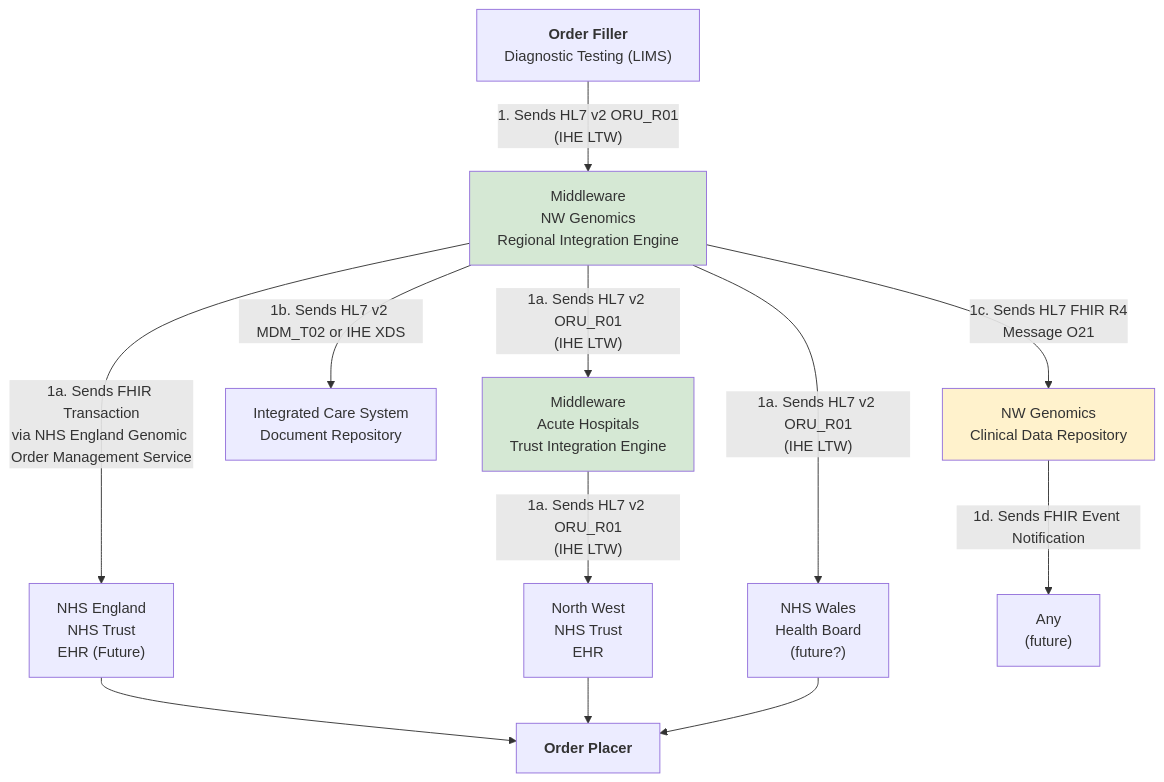
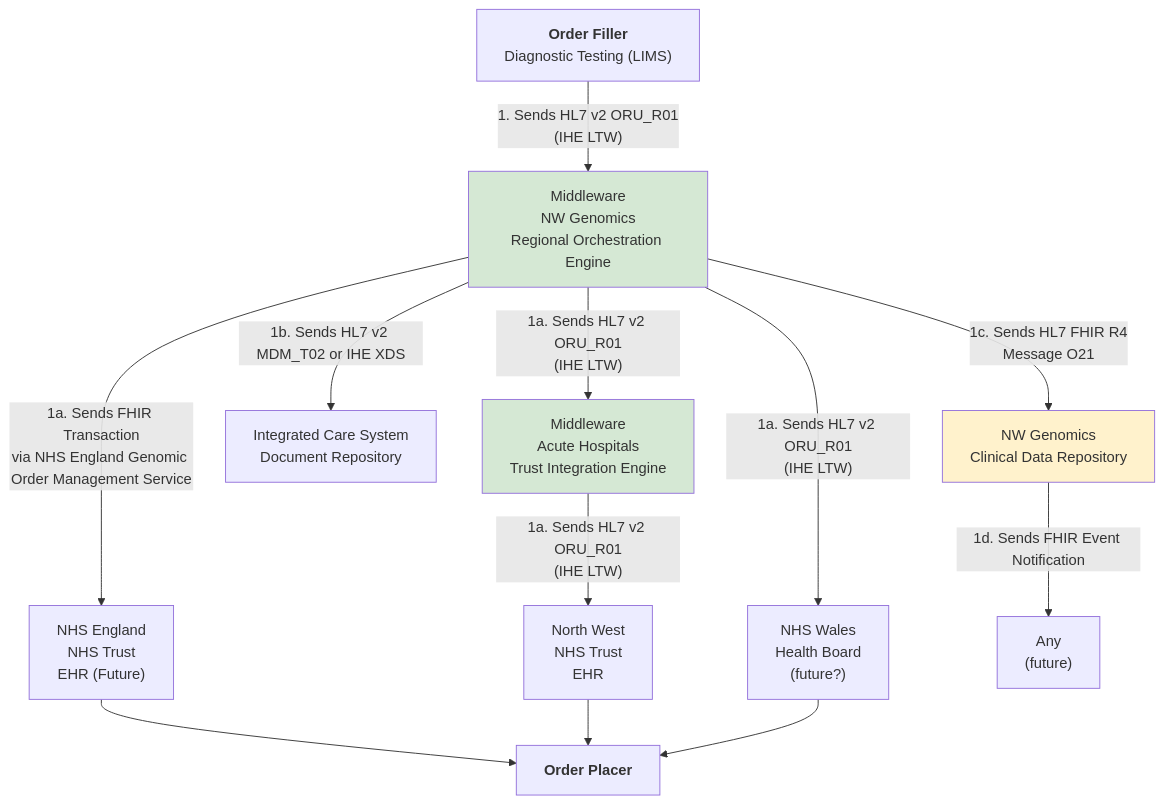
Before and after one commit to uk-gov-mirror/nw-gmsa.nw-gmsa.github.com: the second of 3 diagrams in input/pagecontent/LTW.md, drawn with Mermaid. The commit also changed other lines of this file and 55 other files, not shown here.

````diff
--- a/input/pagecontent/LTW.md
+++ b/input/pagecontent/LTW.md
@@ -200,20 +200,20 @@
 ```mermaid
 graph TD;
-    OrderFiller["<b>Order Filler</b><br/>Diagnostic Testing (LIMS)"] --> |"1. Sends HL7 v2 ORU_R01<br/>(IHE LTW)"| RIE[Middleware<br/>NW Genomics<br/>Regional Integration Engine] 
+    OrderFiller["<b>Order Filler</b><br/>Diagnostic Testing (LIMS)"] --> |"1. Sends HL7 v2 ORU_R01<br/>(IHE LTW)"| RIE[Middleware<br/>NW Genomics<br/>Regional Orchestration Engine] 
     RIE --> |"1a. Sends HL7 v2 ORU_R01<br/>(IHE LTW)"| TIE[Middleware<br/>Acute Hospitals<br/>Trust Integration Engine] 
     TIE--> |"1a. Sends HL7 v2 ORU_R01<br/>(IHE LTW)"| EHRTIE[North West<br/>NHS Trust<br/>EHR] 
     RIE--> |"1a. Sends HL7 v2 ORU_R01<br/>(IHE LTW)"| BOARD["NHS Wales<br/>Health Board<br/> (future?)"]
     RIE --> |"1a. Sends FHIR Transaction<br/>via NHS England Genomic Order Management Service"| GOMS["NHS England<br/>NHS Trust<br/>EHR (Future)"] 
     RIE --> |1b. Sends HL7 v2 MDM_T02 or IHE XDS| ICSTIE[Integrated Care System <br/> Document Repository]
     RIE --> |1c. Sends HL7 FHIR R4<br/>Message O21| CDR[NW Genomics<br/>Clinical Data Repository]
     CDR --> |1d. Sends FHIR Event Notification| Any["Any <br/>(future)"]
     GOMS --> OrderPlacer[<b>Order Placer</b>]
     EHRTIE --> OrderPlacer
     BOARD--> OrderPlacer
 
     classDef green fill:#D5E8D4;
     classDef yellow fill:#FFF2CC;
     class RIE green;
     class TIE green;
     class CDR yellow;
 ```
````
